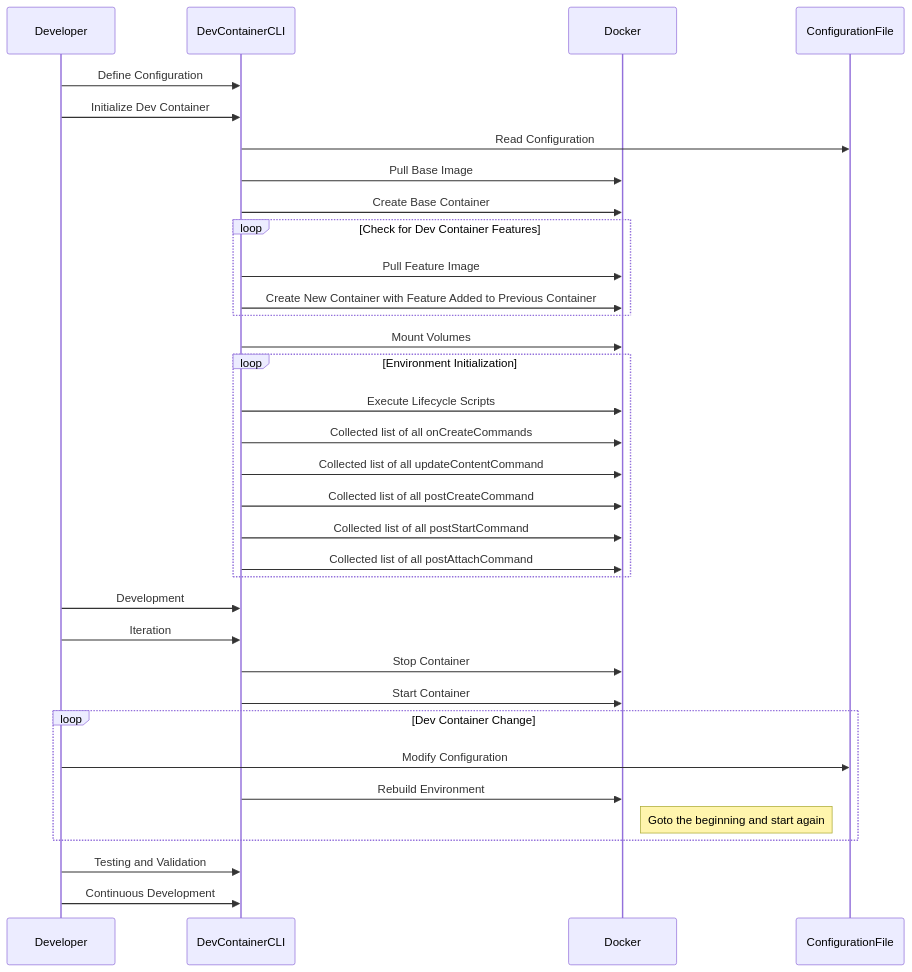
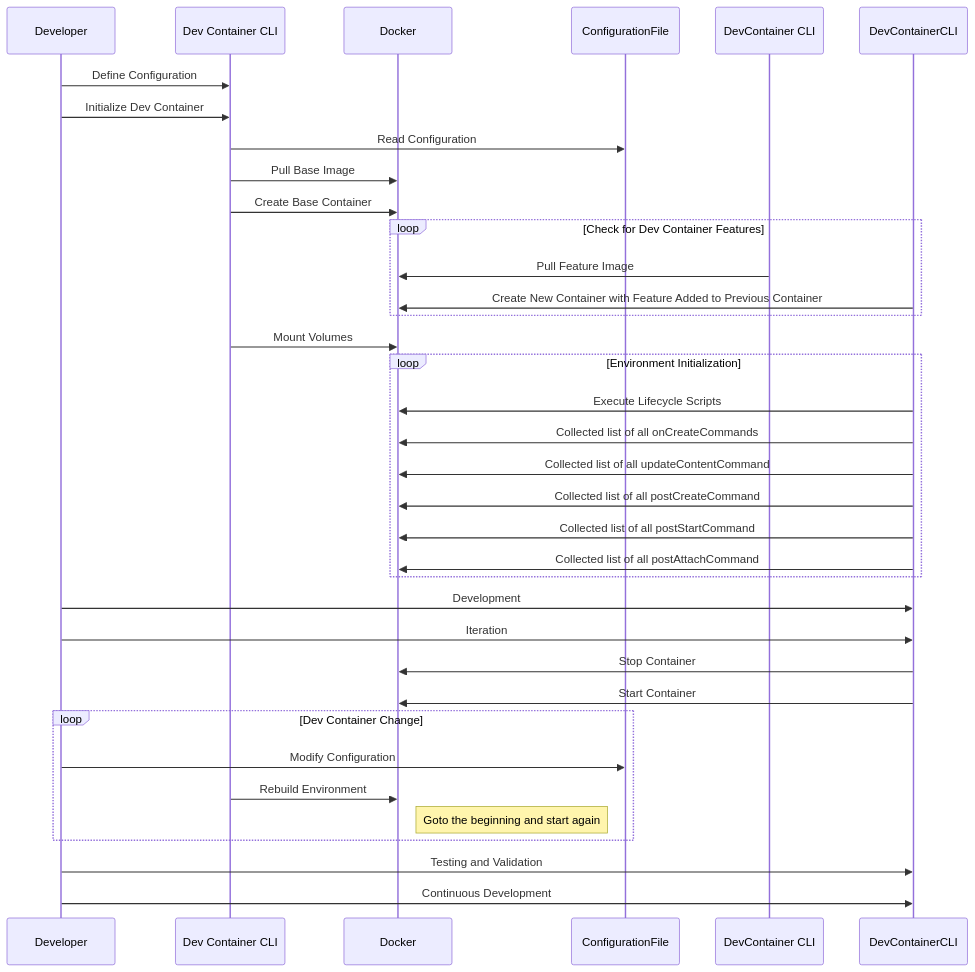
The diagram in DevContainerBlog.md (metcalfc/writeitdown), drawn with Mermaid before and after one commit. The commit also changed other lines of this file, not shown here.

````diff
--- a/DevContainerBlog.md
+++ b/DevContainerBlog.md
@@ -11,44 +11,44 @@
 ```mermaid
 sequenceDiagram
     participant Developer
-    participant DevContainerCLI
+    participant Dev Container CLI
     participant Docker
     participant ConfigurationFile
 
-    Developer->>DevContainerCLI: Define Configuration
-    Developer->>DevContainerCLI: Initialize Dev Container
-    DevContainerCLI->>ConfigurationFile: Read Configuration
-    DevContainerCLI->>Docker: Pull Base Image
-    DevContainerCLI->>Docker: Create Base Container
+    Developer->>Dev Container CLI: Define Configuration
+    Developer->>Dev Container CLI: Initialize Dev Container
+    Dev Container CLI->>ConfigurationFile: Read Configuration
+    Dev Container CLI->>Docker: Pull Base Image
+    Dev Container CLI->>Docker: Create Base Container
     
     loop Check for Dev Container Features
-        DevContainerCLI->>Docker: Pull Feature Image
+        DevContainer CLI->>Docker: Pull Feature Image
         DevContainerCLI->>Docker: Create New Container with Feature Added to Previous Container
     end
     
-    DevContainerCLI->>Docker: Mount Volumes
+    Dev Container CLI->>Docker: Mount Volumes
 
     loop Environment Initialization
         DevContainerCLI->>Docker: Execute Lifecycle Scripts
         DevContainerCLI->>Docker: Collected list of all onCreateCommands
         DevContainerCLI->>Docker: Collected list of all updateContentCommand
         DevContainerCLI->>Docker: Collected list of all postCreateCommand
         DevContainerCLI->>Docker: Collected list of all postStartCommand
         DevContainerCLI->>Docker: Collected list of all postAttachCommand
     end
 
     Developer->>DevContainerCLI: Development
     Developer->>DevContainerCLI: Iteration
     DevContainerCLI->>Docker: Stop Container
     DevContainerCLI->>Docker: Start Container
 
     loop Dev Container Change
         Developer->>ConfigurationFile: Modify Configuration
-        DevContainerCLI->>Docker: Rebuild Environment
+        Dev Container CLI->>Docker: Rebuild Environment
          Note right of Docker: Goto the beginning and start again
     end
 
     Developer->>DevContainerCLI: Testing and Validation
     Developer->>DevContainerCLI: Continuous Development
 
 ```
````
